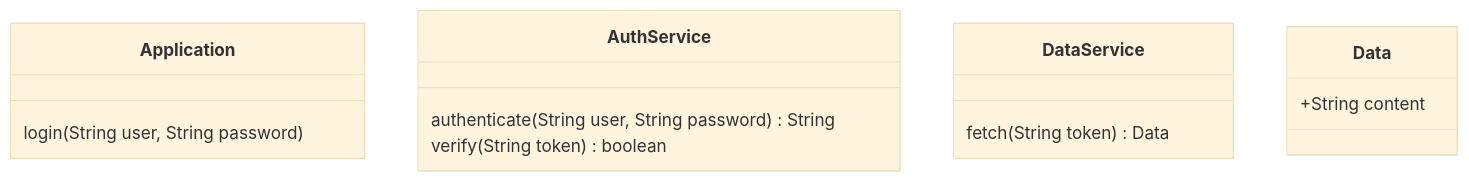
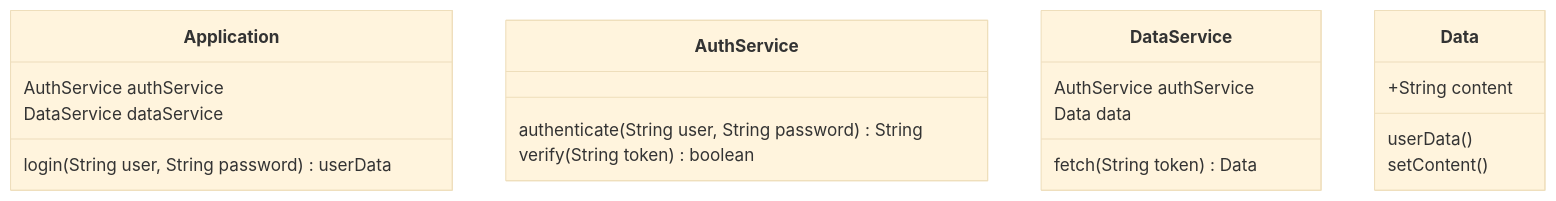
The first of 2 diagrams in example/example.md (MarmaidTranspiler/Merfolk), drawn with Mermaid (base theme) before and after one commit. The commit also changed other lines of this file and 2 other files, not shown here.

````diff
--- a/example/example.md
+++ b/example/example.md
@@ -3,11 +30,18 @@
 ```mermaid
 classDiagram
-Application : login(String user, String password)
+    Application : login(String user, String password) userData
+    Application : AuthService authService
+    Application : DataService dataService
 
-AuthService: authenticate(String user, String password) String
-AuthService: verify(String token) boolean
+    AuthService: authenticate(String user, String password) String
+    AuthService: verify(String token) boolean
 
-DataService : fetch(String token) Data
+    DataService : fetch(String token) Data
+    DataService : AuthService authService
+    DataService : Data data
 
-Data: +String content
+    Data: +String content
+    Data: userData()
+    Data: setContent()
+
 ```
````
